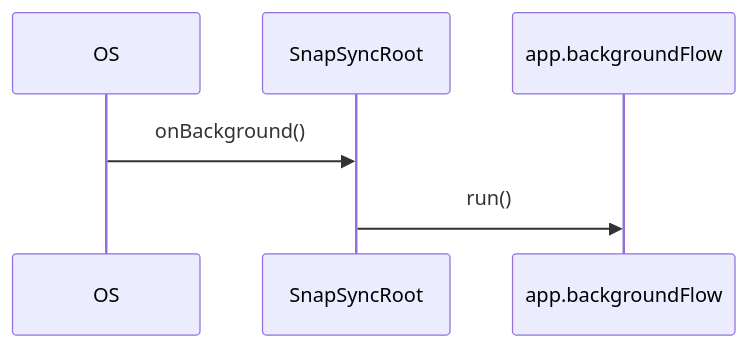
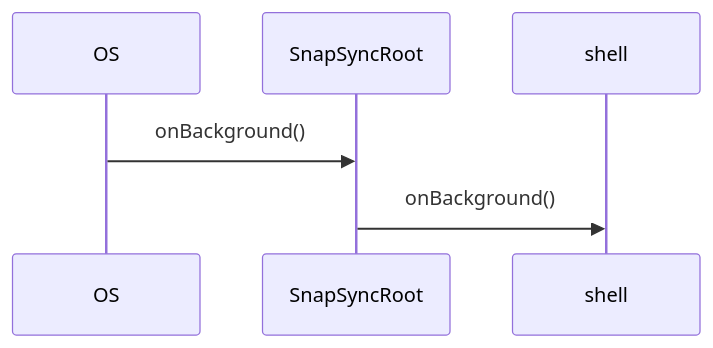
Before and after one commit to stefanhoelzl/SnapSync: the diagram in architecture/flows/onBackground.md, drawn with Mermaid. The commit also changed other lines of this file and 65 other files, not shown here.

First line of the commit message:
feat(architecture): migration step 8 C3/3 — command bundle · rule sinks · the one-switch shell

````diff
--- a/architecture/flows/onBackground.md
+++ b/architecture/flows/onBackground.md
@@ -12,8 +12,8 @@
 ```mermaid
 sequenceDiagram
   participant OS
   participant SnapSyncRoot
-  participant app_backgroundFlow as app.backgroundFlow
+  participant shell
   OS->>SnapSyncRoot: onBackground()
-  SnapSyncRoot->>app_backgroundFlow: run()
+  SnapSyncRoot->>shell: onBackground()
 ```
````
